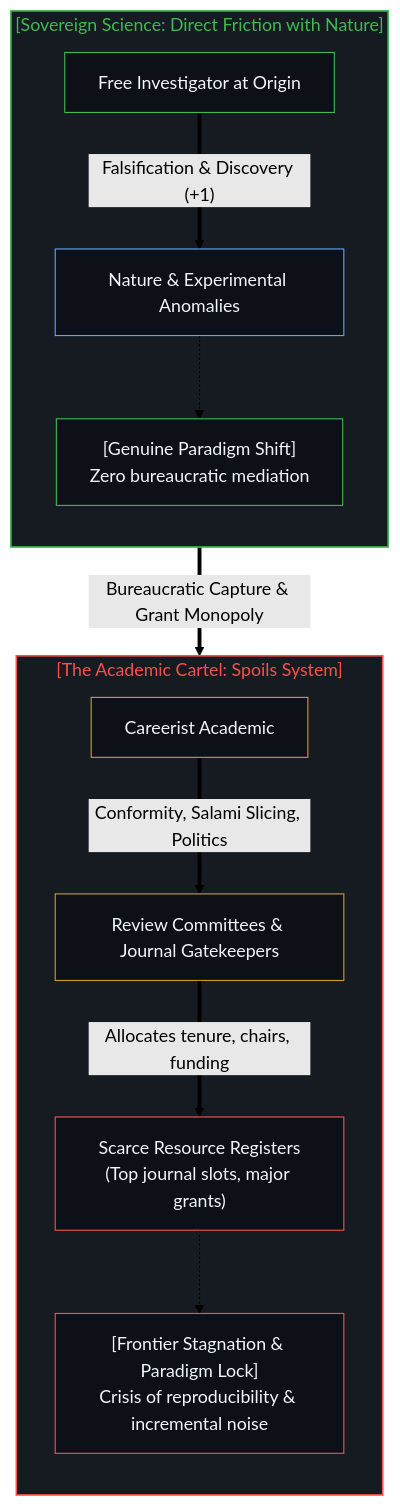
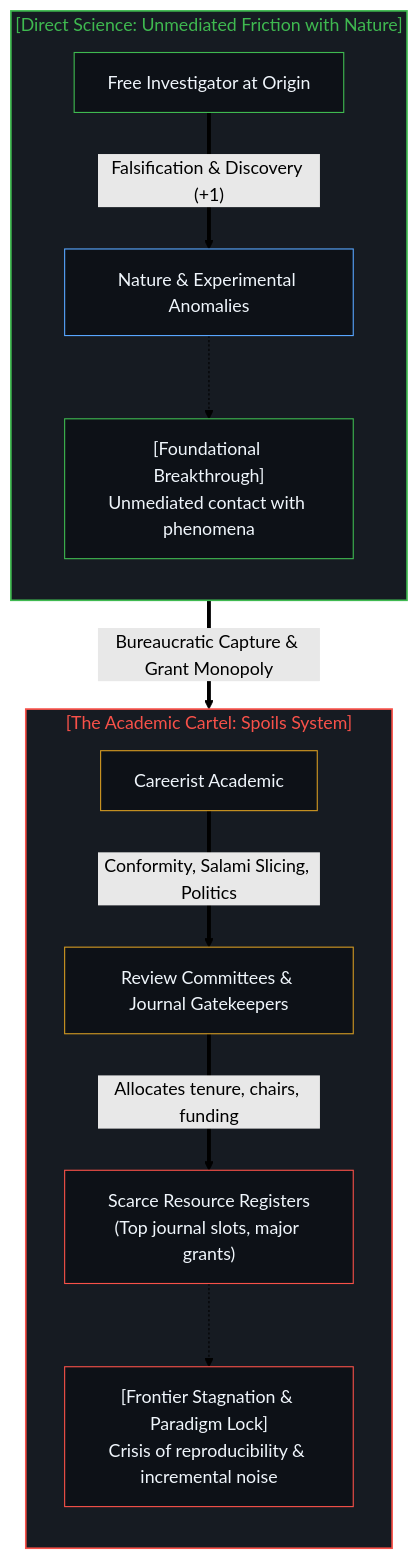
One commit to powerpig99/not-a-toe changed the eighth of 10 diagrams in content/posts/the-reversal-of-education-and-science.md. Above: the diagram before and after it, drawn with Mermaid (forest theme). The commit also changed other lines of this file and 2 other files, not shown here.

Commit message:
Deep Sleep Batch 11: consolidate the-reversal-of-education-and-science & harden interleave-post.py

````diff
--- a/content/posts/the-reversal-of-education-and-science.md
+++ b/content/posts/the-reversal-of-education-and-science.md
@@ -360,34 +331,31 @@
 ```mermaid
 flowchart TD
-    subgraph S_Primal["[Sovereign Science: Direct Friction with Nature]"]
+    subgraph S_Primal["[Direct Science: Unmediated Friction with Nature]"]
         direction TB
         Researcher["Free Investigator at Origin"]
         Empirical["Nature & Experimental Anomalies"]
-        TruthRes["[Genuine Paradigm Shift]<br/>Zero bureaucratic mediation"]
+        TruthRes["[Foundational Breakthrough]<br/>Unmediated contact with phenomena"]
         Researcher ==>|"Falsification & Discovery (+1)"| Empirical
         Empirical -.-> TruthRes
     end
-
     S_Primal ==>|"Bureaucratic Capture & Grant Monopoly"| S_Cartel
-
     subgraph S_Cartel["[The Academic Cartel: Spoils System]"]
         direction TB
         Scholar["Careerist Academic"]
         Committee["Review Committees & Journal Gatekeepers"]
         GrantPower["Scarce Resource Registers<br/>(Top journal slots, major grants)"]
         Stagnation["[Frontier Stagnation & Paradigm Lock]<br/>Crisis of reproducibility & incremental noise"]
         Scholar ==>|"Conformity, Salami Slicing, Politics"| Committee
         Committee ==>|"Allocates tenure, chairs, funding"| GrantPower
         GrantPower -.-> Stagnation
     end
-
     style S_Primal fill:#161b22,stroke:#3fb950,stroke-width:1.5px,color:#3fb950
     style S_Cartel fill:#161b22,stroke:#f85149,stroke-width:1.5px,color:#f85149
     style Researcher fill:#0d1117,stroke:#3fb950,stroke-width:1px,color:#f0f6fc
     style Empirical fill:#0d1117,stroke:#58a6ff,stroke-width:1px,color:#f0f6fc
     style TruthRes fill:#0d1117,stroke:#3fb950,stroke-width:1px,color:#f0f6fc
     style Scholar fill:#0d1117,stroke:#d29922,stroke-width:1px,color:#f0f6fc
     style Committee fill:#0d1117,stroke:#d29922,stroke-width:1px,color:#f0f6fc
     style GrantPower fill:#0d1117,stroke:#f85149,stroke-width:1px,color:#f0f6fc
     style Stagnation fill:#0d1117,stroke:#f85149,stroke-width:1px,color:#f0f6fc
 ```
````
